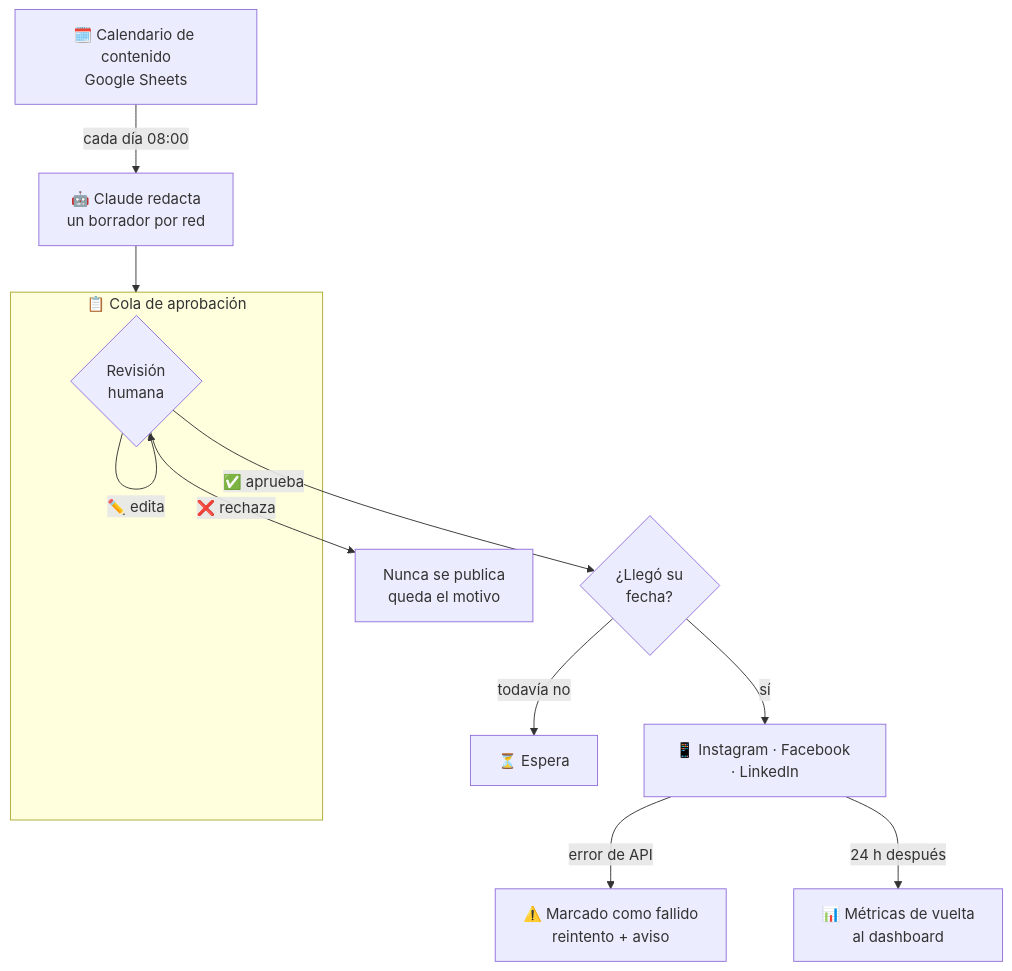
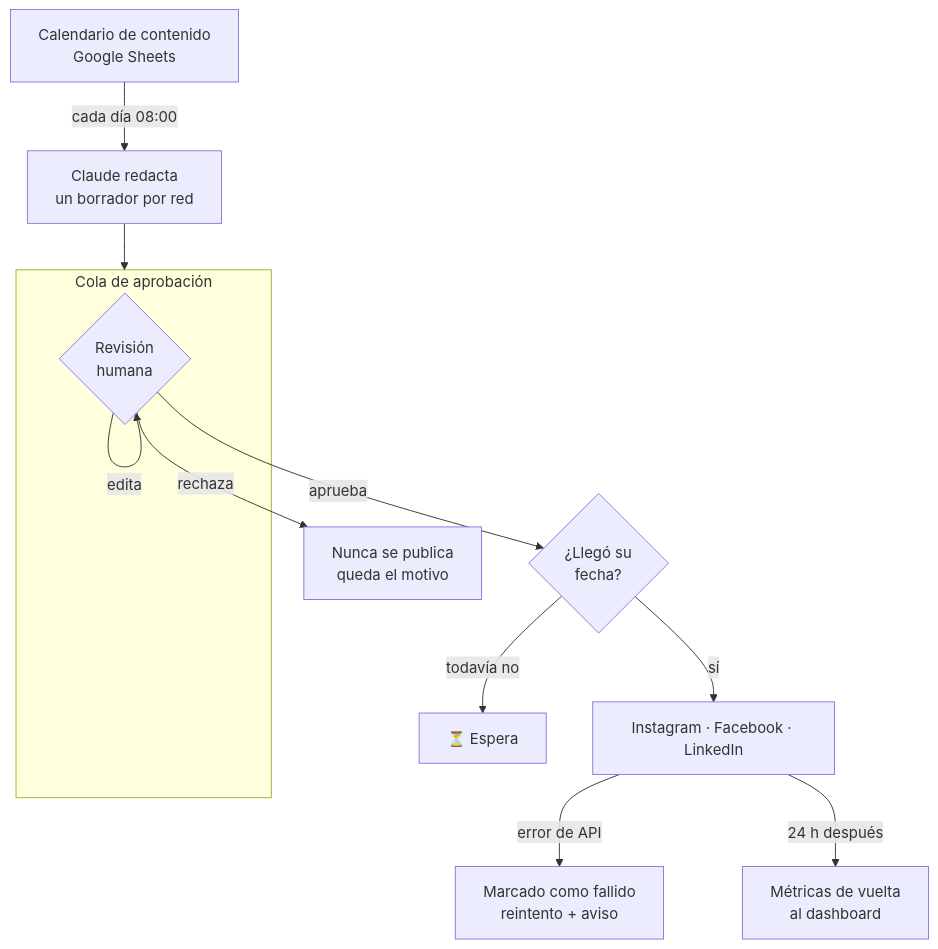
One commit to danielyatacoblas/publicador-redes-ia changed the first of 2 diagrams in README.md. Above: the diagram before and after it, drawn with Mermaid. The commit also changed other lines of this file and 7 other files, not shown here.

````diff
--- a/README.md
+++ b/README.md
@@ -47,15 +47,15 @@
 ```mermaid
 flowchart TD
-    C["🗓️ Calendario de contenido<br/>Google Sheets"] -->|cada día 08:00| P
-    P["🤖 Claude redacta<br/>un borrador por red"] --> Q
-    subgraph Q ["📋 Cola de aprobación"]
+    C[" Calendario de contenido<br/>Google Sheets"] -->|cada día 08:00| P
+    P[" Claude redacta<br/>un borrador por red"] --> Q
+    subgraph Q [" Cola de aprobación"]
         R{"Revisión<br/>humana"}
     end
-    R -->|❌ rechaza| Z["Nunca se publica<br/>queda el motivo"]
-    R -->|✏️ edita| R
-    R -->|✅ aprueba| S{"¿Llegó su<br/>fecha?"}
+    R -->| rechaza| Z["Nunca se publica<br/>queda el motivo"]
+    R -->| edita| R
+    R -->| aprueba| S{"¿Llegó su<br/>fecha?"}
     S -->|todavía no| T["⏳ Espera"]
-    S -->|sí| U["📱 Instagram · Facebook · LinkedIn"]
-    U -->|error de API| V["⚠️ Marcado como fallido<br/>reintento + aviso"]
-    U -->|24 h después| W["📊 Métricas de vuelta<br/>al dashboard"]
+    S -->|sí| U[" Instagram · Facebook · LinkedIn"]
+    U -->|error de API| V[" Marcado como fallido<br/>reintento + aviso"]
+    U -->|24 h después| W[" Métricas de vuelta<br/>al dashboard"]
 ```
````
